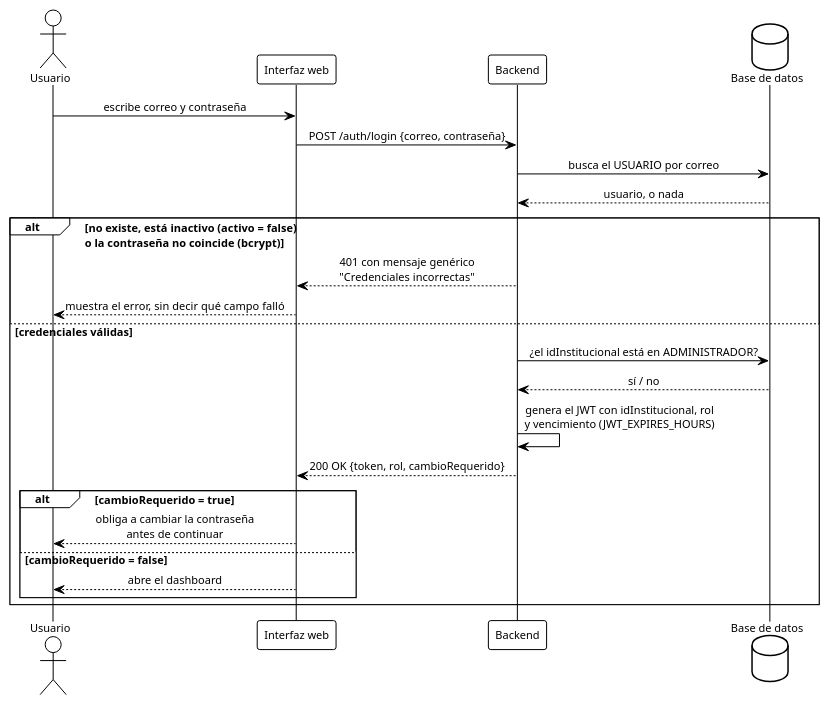
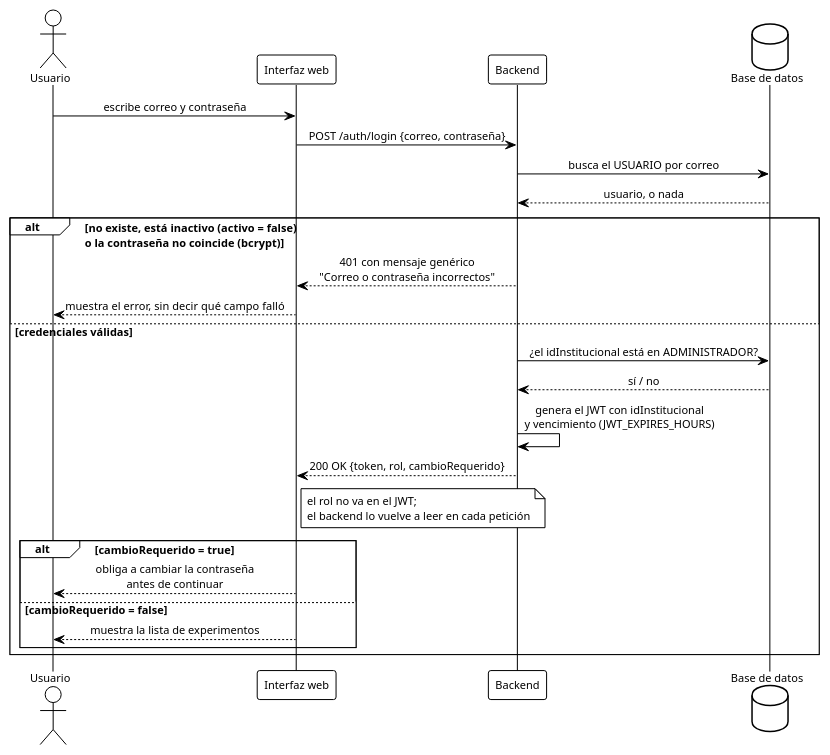
Before and after one commit to ErickJester/fst-ai-system-latex: diagram 22 of 39 in INSTRUCCIONES-WEB.md, drawn with PlantUML. The commit also changed other lines of this file and 89 other files, not shown here.

````diff
--- a/INSTRUCCIONES-WEB.md
+++ b/INSTRUCCIONES-WEB.md
@@ -2315,32 +2312,36 @@
 ```plantuml
 @startuml seq_login
 !theme plain
 skinparam defaultFontName Arial
 skinparam defaultFontSize 11
 skinparam shadowing false
 skinparam sequenceMessageAlign center
 actor Usuario as u
 participant "Interfaz web" as ui
 participant Backend as api
 database "Base de datos" as db
 
 u -> ui: escribe correo y contraseña
 ui -> api: POST /auth/login {correo, contraseña}
 api -> db: busca el USUARIO por correo
 db --> api: usuario, o nada
 alt no existe, está inactivo (activo = false)\no la contraseña no coincide (bcrypt)
-  api --> ui: 401 con mensaje genérico\n"Credenciales incorrectas"
+  api --> ui: 401 con mensaje genérico\n"Correo o contraseña incorrectos"
   ui --> u: muestra el error, sin decir qué campo falló
 else credenciales válidas
   api -> db: ¿el idInstitucional está en ADMINISTRADOR?
   db --> api: sí / no
-  api -> api: genera el JWT con idInstitucional, rol\ny vencimiento (JWT_EXPIRES_HOURS)
+  api -> api: genera el JWT con idInstitucional\ny vencimiento (JWT_EXPIRES_HOURS)
   api --> ui: 200 OK {token, rol, cambioRequerido}
+  note right of ui
+    el rol no va en el JWT;
+    el backend lo vuelve a leer en cada petición
+  end note
   alt cambioRequerido = true
     ui --> u: obliga a cambiar la contraseña\nantes de continuar
   else cambioRequerido = false
-    ui --> u: abre el dashboard
+    ui --> u: muestra la lista de experimentos
   end
 end
 @enduml
 ```
````
